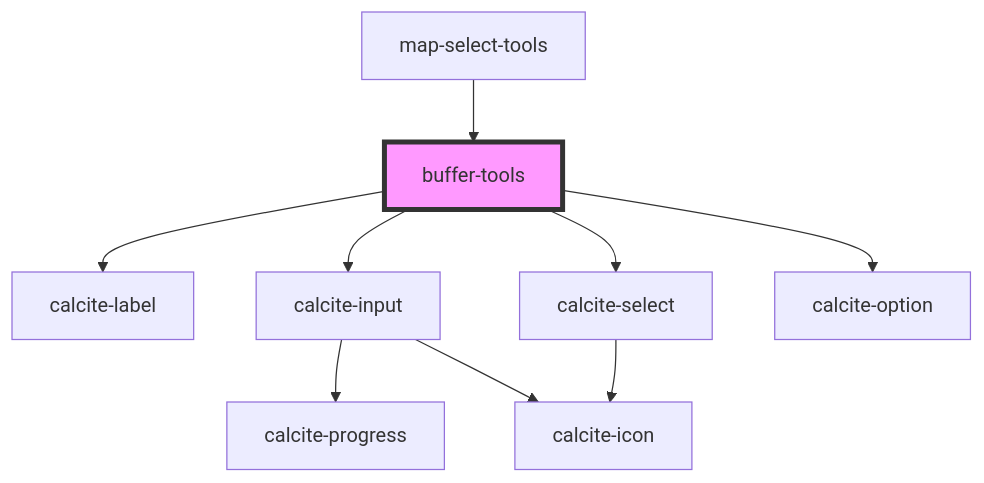
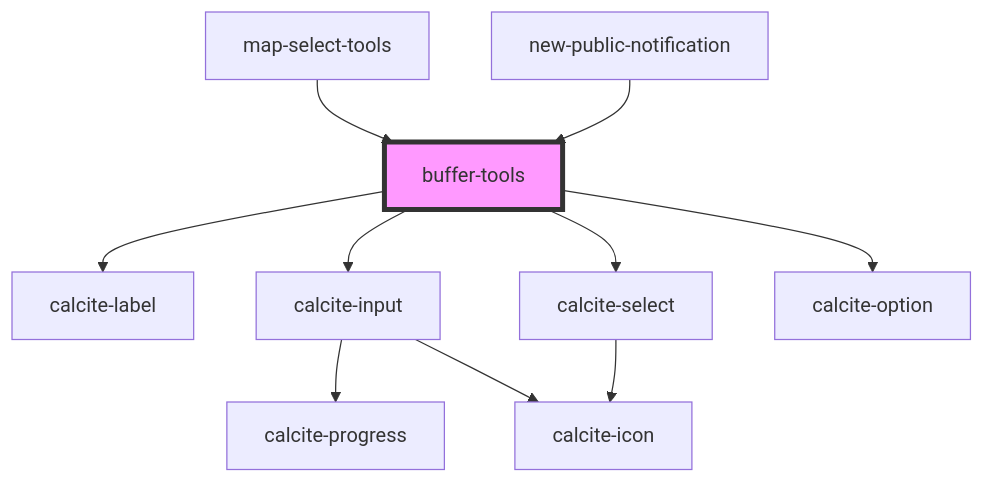
Before and after one commit to Esri/solutions-components: the diagram in src/components/buffer-tools/readme.md, drawn with Mermaid. The commit also changed other lines of this file and 6 other files, not shown here.

````diff
--- a/src/components/buffer-tools/readme.md
+++ b/src/components/buffer-tools/readme.md
@@ -39,12 +40,13 @@
 ```mermaid
 graph TD;
   buffer-tools --> calcite-label
   buffer-tools --> calcite-input
   buffer-tools --> calcite-select
   buffer-tools --> calcite-option
   calcite-input --> calcite-progress
   calcite-input --> calcite-icon
   calcite-select --> calcite-icon
   map-select-tools --> buffer-tools
+  new-public-notification --> buffer-tools
   style buffer-tools fill:#f9f,stroke:#333,stroke-width:4px
 ```
````
